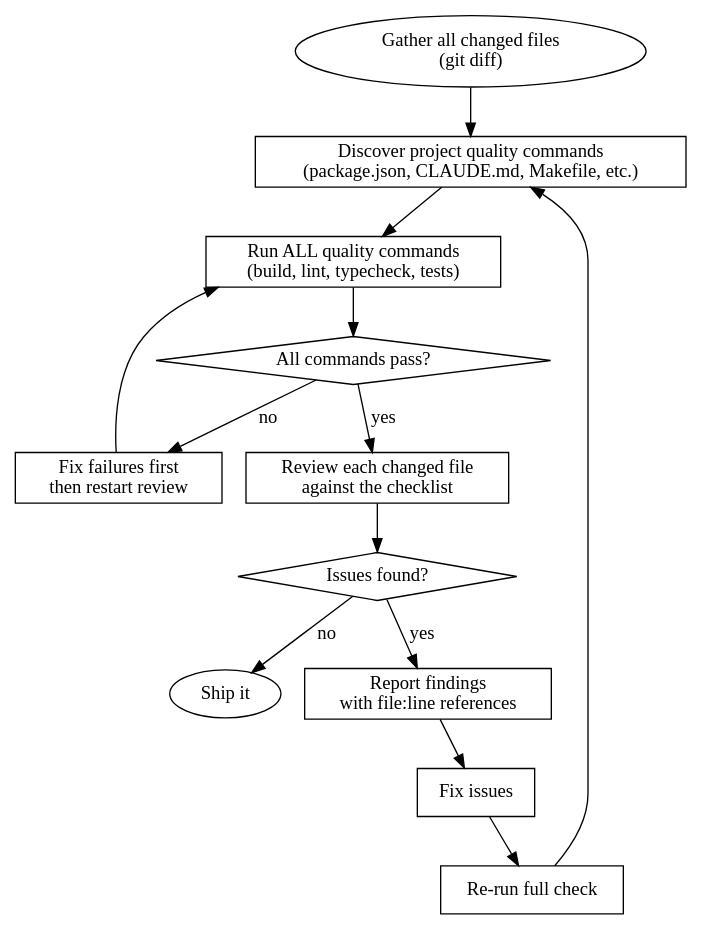
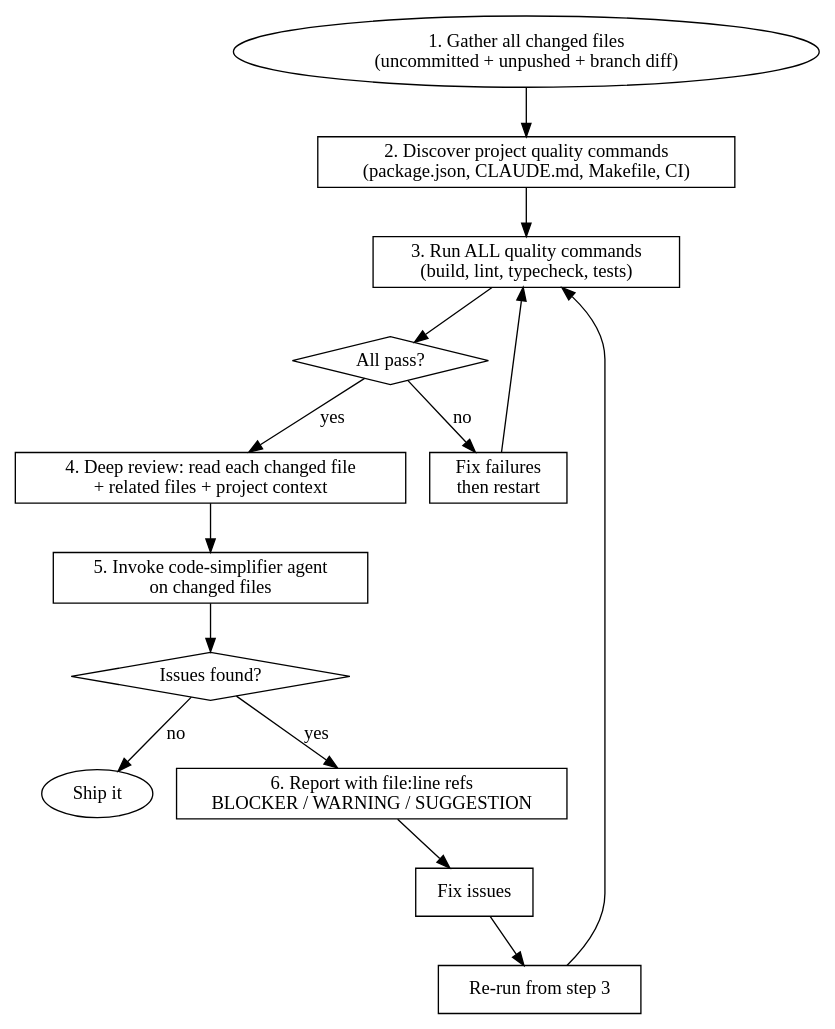
One commit to its-meseba/meseba-skills changed the diagram in skills/ship-wreck-check/SKILL.md. Above: the diagram before and after it, drawn with Graphviz. The commit also changed other lines of this file and 2 other files, not shown here.

````diff
--- a/skills/ship-wreck-check/SKILL.md
+++ b/skills/ship-wreck-check/SKILL.md
@@ -30,27 +16,28 @@
 ```dot
-digraph ship_check {
+digraph ship_wreck_check {
   rankdir=TB;
   node [shape=box];
 
-  start [label="Gather all changed files\n(git diff)" shape=ellipse];
-  discover [label="Discover project quality commands\n(package.json, CLAUDE.md, Makefile, etc.)"];
-  run_commands [label="Run ALL quality commands\n(build, lint, typecheck, tests)"];
-  commands_pass [label="All commands pass?" shape=diamond];
-  fix_commands [label="Fix failures first\nthen restart review"];
-  review [label="Review each changed file\nagainst the checklist"];
+  gather [label="1. Gather all changed files\n(uncommitted + unpushed + branch diff)" shape=ellipse];
+  discover [label="2. Discover project quality commands\n(package.json, CLAUDE.md, Makefile, CI)"];
+  run_commands [label="3. Run ALL quality commands\n(build, lint, typecheck, tests)"];
+  commands_pass [label="All pass?" shape=diamond];
+  fix_commands [label="Fix failures\nthen restart"];
+  deep_review [label="4. Deep review: read each changed file\n+ related files + project context"];
+  simplify [label="5. Invoke code-simplifier agent\non changed files"];
   issues [label="Issues found?" shape=diamond];
-  report [label="Report findings\nwith file:line references"];
+  report [label="6. Report with file:line refs\nBLOCKER / WARNING / SUGGESTION"];
   fix [label="Fix issues"];
-  rerun [label="Re-run full check"];
+  rerun [label="Re-run from step 3"];
   clean [label="Ship it" shape=ellipse];
 
-  start -> discover -> run_commands -> commands_pass;
+  gather -> discover -> run_commands -> commands_pass;
   commands_pass -> fix_commands [label="no"];
-  commands_pass -> review [label="yes"];
+  commands_pass -> deep_review [label="yes"];
   fix_commands -> run_commands;
-  review -> issues;
+  deep_review -> simplify -> issues;
   issues -> report [label="yes"];
   issues -> clean [label="no"];
-  report -> fix -> rerun -> discover;
+  report -> fix -> rerun -> run_commands;
 }
 ```
````
